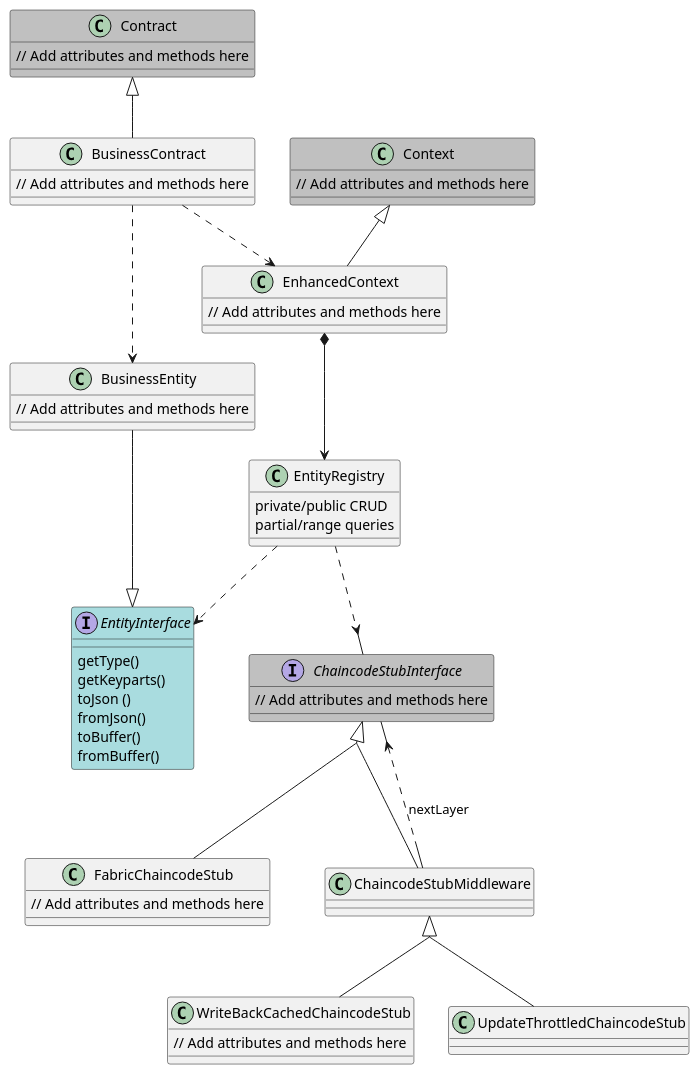
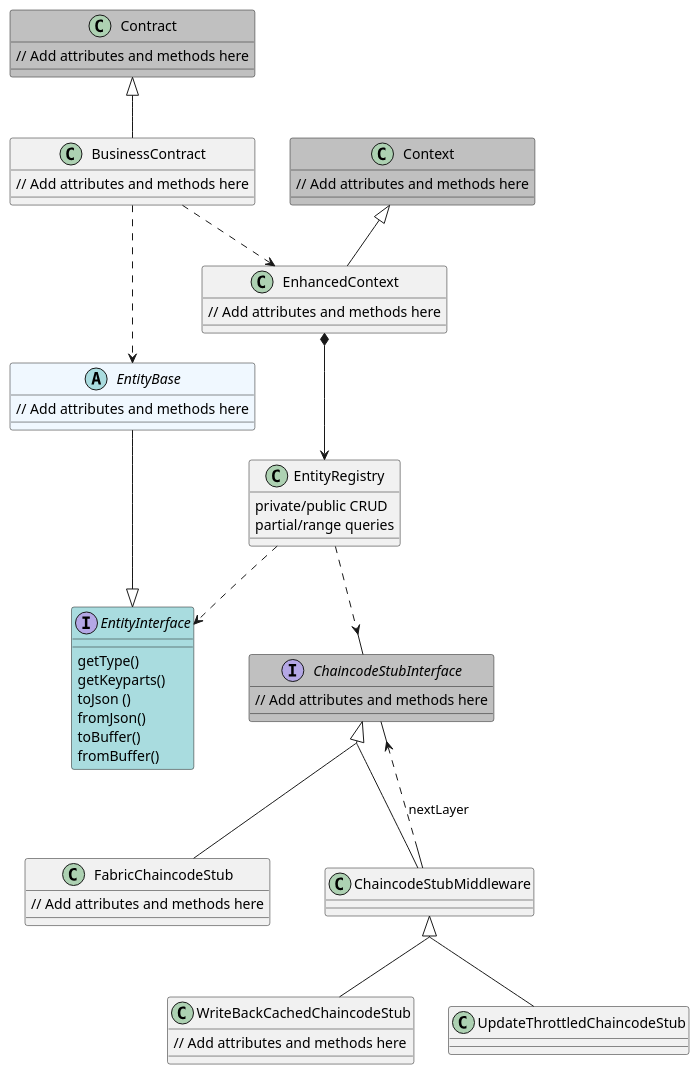
The diagram in smart-contract/hyperledger-fabric/v2/java/figures/class/class.puml (ftsrg/blockchain-benchmarks-tpcc), drawn with PlantUML before and after one commit.

```diff
--- a/smart-contract/hyperledger-fabric/v2/java/figures/class/class.puml
+++ b/smart-contract/hyperledger-fabric/v2/java/figures/class/class.puml
@@ -1,68 +1,68 @@
 @startuml "Specificaton"
 skinparam groupInheritance 2
 Contract <|-- BusinessContract
 BusinessContract ..> EnhancedContext
-BusinessContract ..> BusinessEntity
+BusinessContract ..> EntityBase
 EnhancedContext *--> EntityRegistry
-BusinessEntity --|> EntityInterface
+EntityBase --|> EntityInterface
 EntityRegistry ..> EntityInterface
 Context <|-- EnhancedContext
 EntityRegistry ..> ChaincodeStubInterface
 
 ChaincodeStubInterface <|-- FabricChaincodeStub
 ChaincodeStubInterface <|-- ChaincodeStubMiddleware
 
 ChaincodeStubMiddleware ..> ChaincodeStubInterface:  nextLayer
 
 ChaincodeStubMiddleware <|-- WriteBackCachedChaincodeStub
 ChaincodeStubMiddleware <|-- UpdateThrottledChaincodeStub
 
 
 class BusinessContract {
   // Add attributes and methods here
 }
 
 class EnhancedContext {
   // Add attributes and methods here
 }
 
 class EntityRegistry {
   private/public CRUD
   partial/range queries
 }
 
 class WriteBackCachedChaincodeStub {
   // Add attributes and methods here
 }
 
 class FabricChaincodeStub {
   // Add attributes and methods here
 }
 
-class BusinessEntity {
+abstract EntityBase #AliceBlue{
   // Add attributes and methods here
 }
 
 class Contract #C0C0C0{
   // Add attributes and methods here
 }
 
 class Context #C0C0C0{
   // Add attributes and methods here
 }
 
 interface EntityInterface #A9DCDF {
   getType()
   getKeyparts()
   toJson ()
   fromJson()
   toBuffer()
   fromBuffer()
 
 }
 
 interface ChaincodeStubInterface #C0C0C0{
   // Add attributes and methods here
 }
 
 @enduml
```
